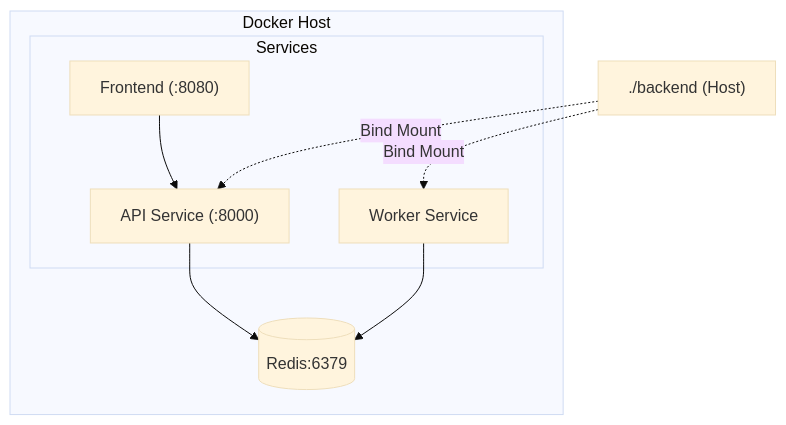
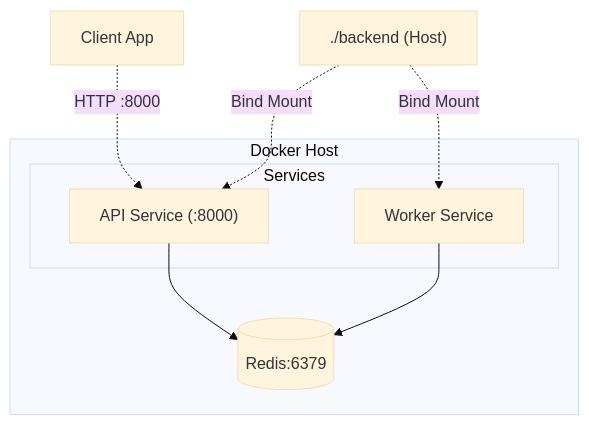
The second of 2 diagrams in docs/architecture.md (launis/quorum), drawn with Mermaid (base theme) before and after one commit. The commit also changed other lines of this file and 64 other files, not shown here.

````diff
--- a/docs/architecture.md
+++ b/docs/architecture.md
@@ -104,19 +104,19 @@
 ```mermaid
 graph TD
     subgraph "Docker Host"
         Redis[(Redis:6379)]
         
         subgraph "Services"
             Backend["API Service (:8000)"]
             Worker["Worker Service"]
-            Frontend["Frontend (:8080)"]
         end
         
         Backend --> Redis
         Worker --> Redis
-        Frontend --> Backend
     end
+    
+    Client["Client App"] -.->|HTTP :8000| Backend
     
     Volume["./backend (Host)"] -.->|Bind Mount| Backend
     Volume -.->|Bind Mount| Worker
 ```
````
